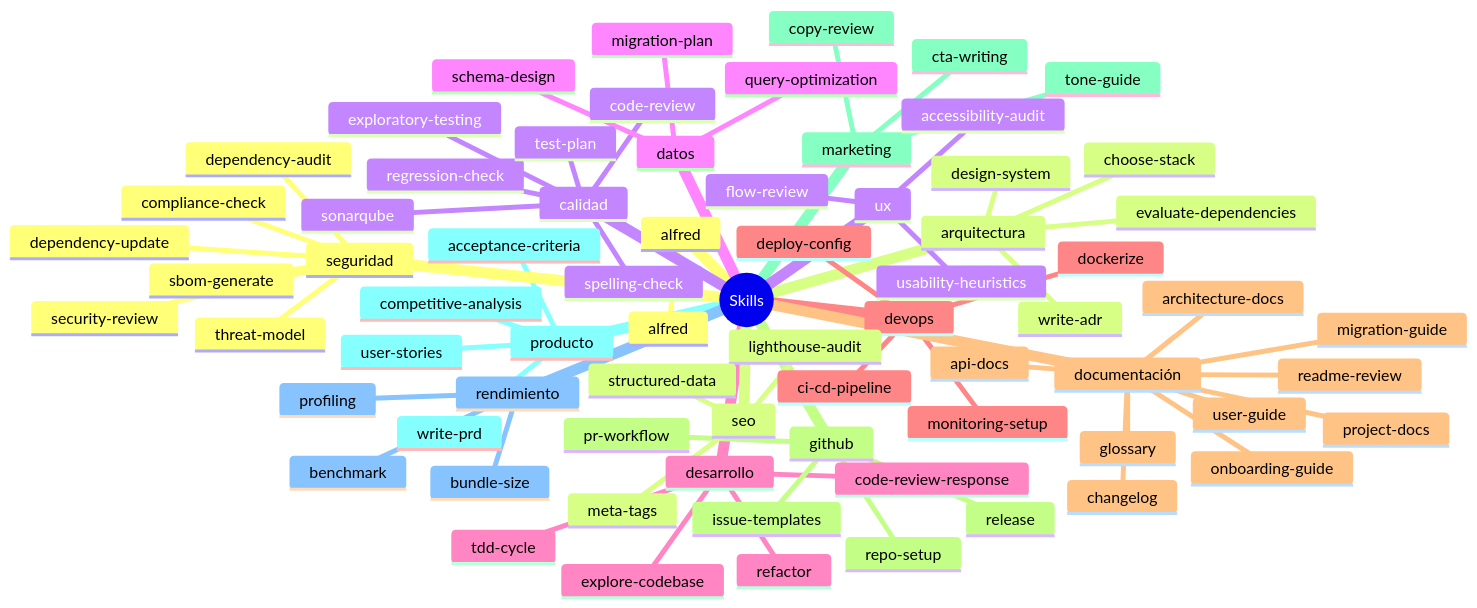
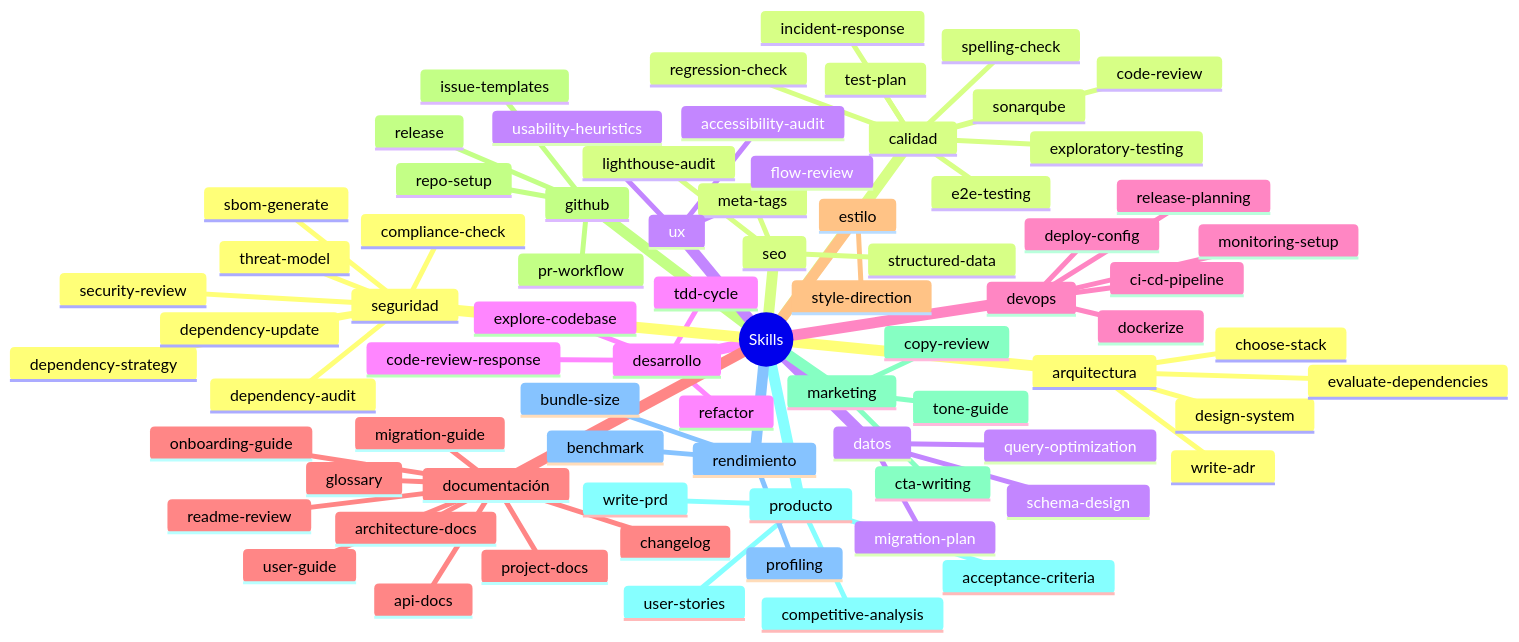
One commit to 686f6c61/alfred-dev changed the diagram in docs/skills.md. Above: the diagram before and after it, drawn with Mermaid. The commit also changed other lines of this file and 124 other files, not shown here.

````diff
--- a/docs/skills.md
+++ b/docs/skills.md
@@ -15,75 +15,79 @@
 ```mermaid
 mindmap
   root((Skills))
-    alfred
-      alfred
     arquitectura
       choose-stack
       design-system
       evaluate-dependencies
       write-adr
     calidad
       code-review
+      e2e-testing
       exploratory-testing
+      incident-response
       regression-check
       sonarqube
       spelling-check
       test-plan
     datos
       migration-plan
       query-optimization
       schema-design
     desarrollo
       code-review-response
       explore-codebase
       refactor
       tdd-cycle
     devops
       ci-cd-pipeline
       deploy-config
       dockerize
       monitoring-setup
+      release-planning
     documentación
       api-docs
       architecture-docs
       changelog
       glossary
       migration-guide
       onboarding-guide
       project-docs
       readme-review
       user-guide
+    estilo
+      style-direction
     github
       issue-templates
       pr-workflow
       release
       repo-setup
     marketing
       copy-review
       cta-writing
       tone-guide
     producto
       acceptance-criteria
       competitive-analysis
       user-stories
       write-prd
     rendimiento
       benchmark
       bundle-size
       profiling
     seguridad
       compliance-check
       dependency-audit
+      dependency-strategy
       dependency-update
       sbom-generate
       security-review
       threat-model
     seo
       lighthouse-audit
       meta-tags
       structured-data
     ux
       accessibility-audit
       flow-review
       usability-heuristics
 ```
````
